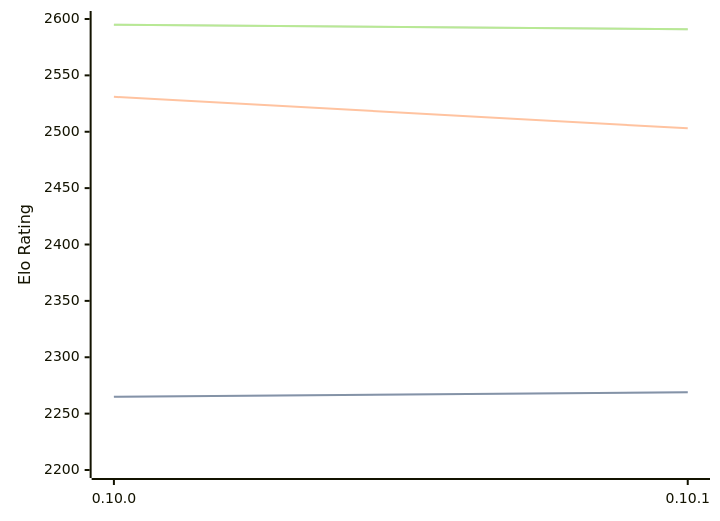
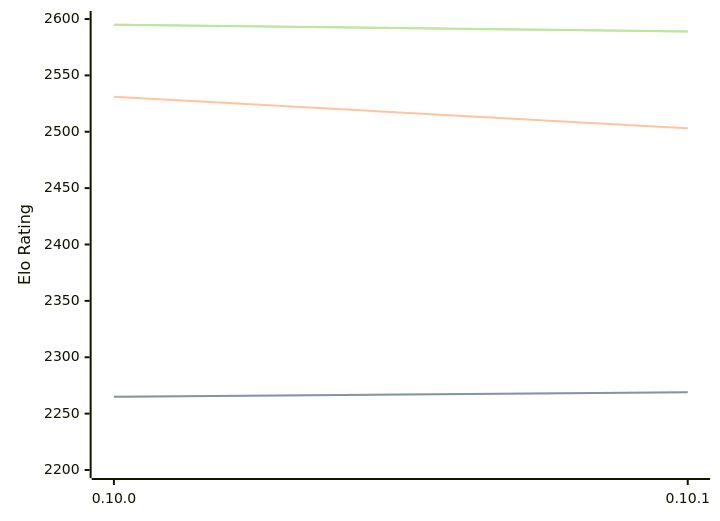
Before and after one commit to computer-chess-index/cci: the diagram in engines/Fatalii.md, drawn with Mermaid. The commit also changed other lines of this file, not shown here.

Commit message:
Update CCI Ratings (ELO VLTC) - 2026-07-27

````diff
--- a/engines/Fatalii.md
+++ b/engines/Fatalii.md
@@ -46,11 +46,11 @@
 ```mermaid
 %%{init: {"theme":"base","themeVariables":{"seriesColors:['#a3a3a3','#222221','#faa371']}}}%%
 xychart-beta
   x-axis ["0.10.0", "0.10.1"]
   y-axis "Elo Rating" 2200 --> 2600
   line "STC (8.0+0.08s)" [2265, 2269]
   line "STC (8.0+0.08s)" [2265, 2269]
   line "LTC (60.0+0.60s)" [2531, 2503]
-  line "VLTC (2m24s+1.12s)" [2595, 2591]
-  line "VLTC (2m24s+1.12s)" [2595, 2591]
+  line "VLTC (2m24s+1.12s)" [2595, 2589]
+  line "VLTC (2m24s+1.12s)" [2595, 2589]
 ```
````
